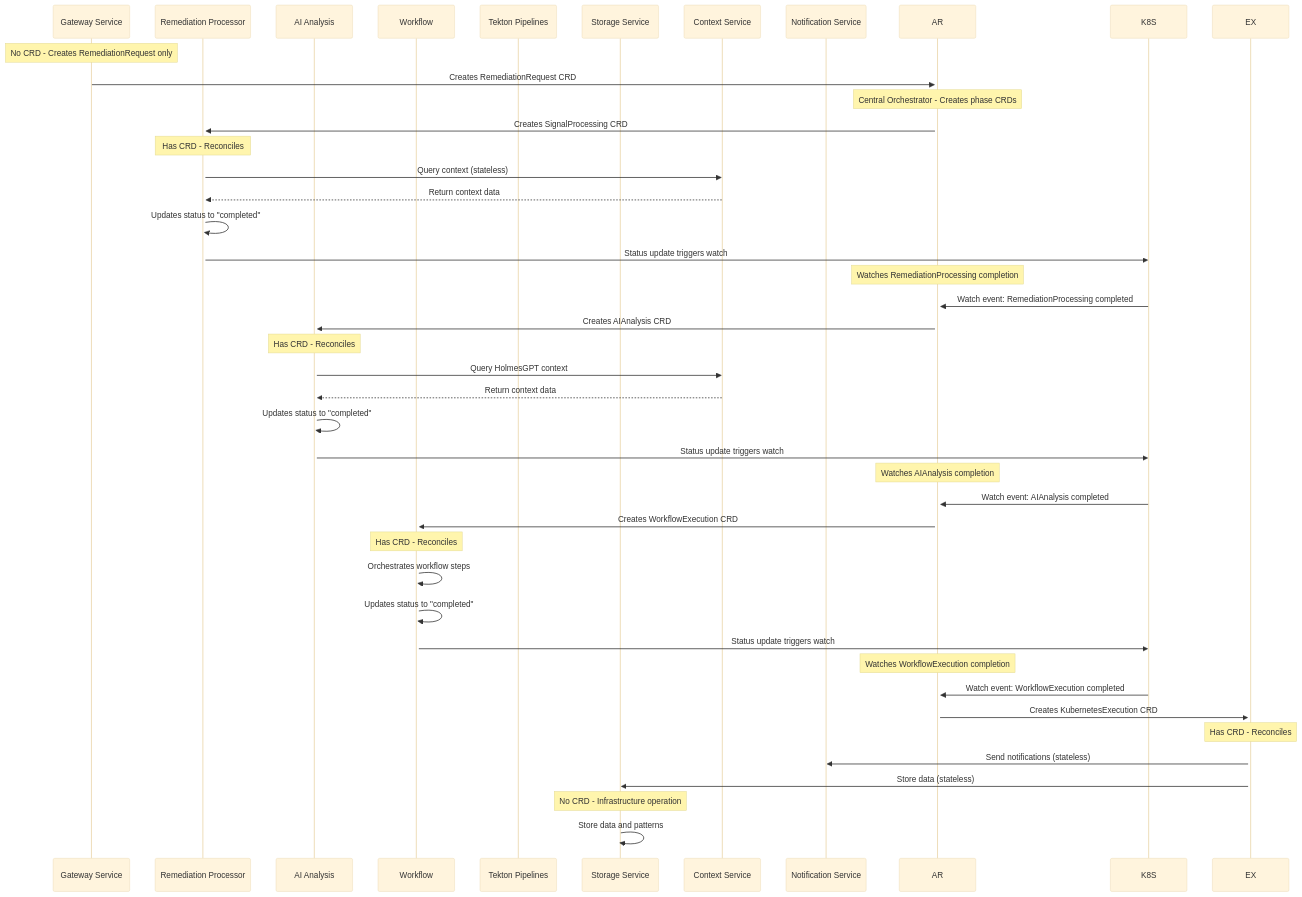
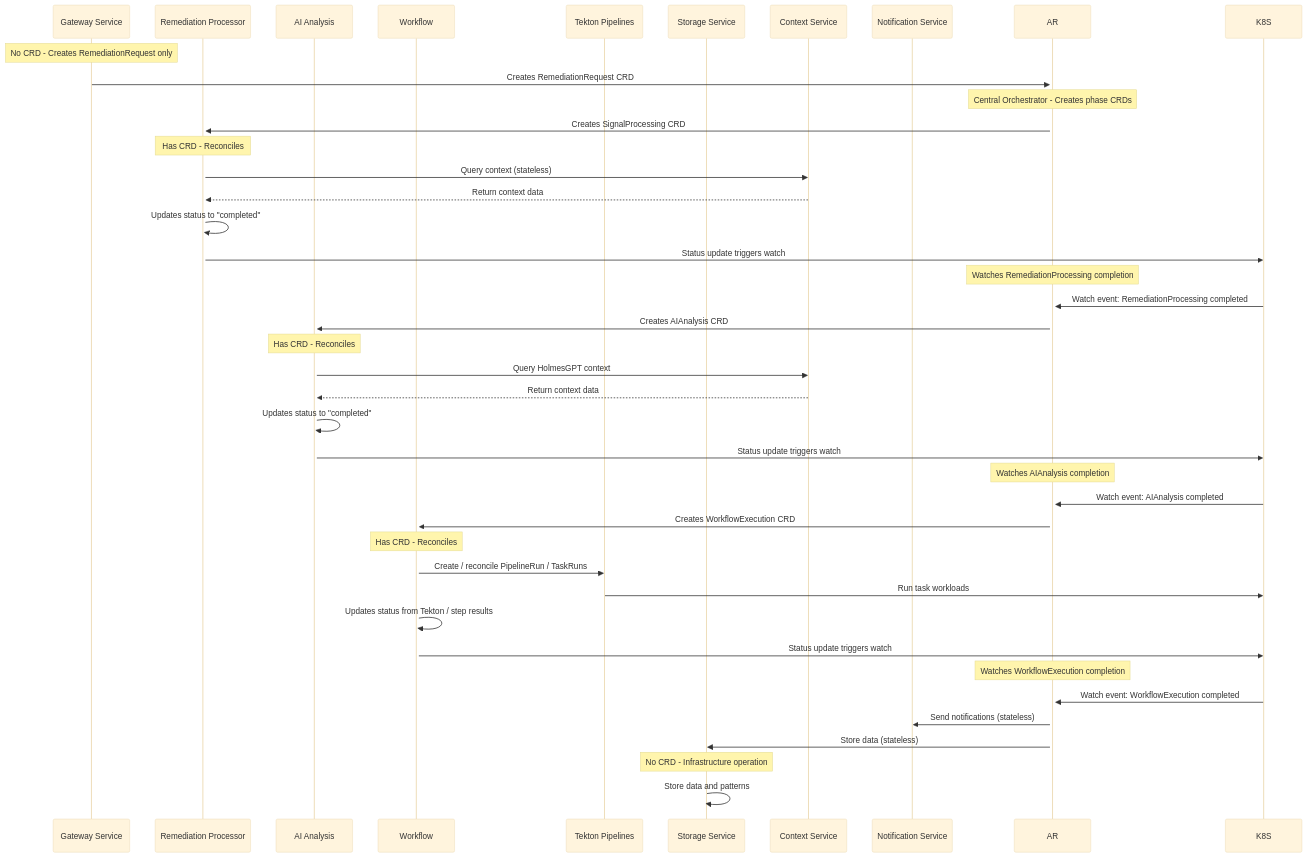
The third of 3 diagrams in docs/architecture/MULTI_CRD_RECONCILIATION_ARCHITECTURE.md (jordigilh/kubernaut), drawn with Mermaid (base theme) before and after one commit. The commit also changed other lines of this file and 63 other files, not shown here.

````diff
--- a/docs/architecture/MULTI_CRD_RECONCILIATION_ARCHITECTURE.md
+++ b/docs/architecture/MULTI_CRD_RECONCILIATION_ARCHITECTURE.md
@@ -1087,53 +1081,51 @@
 ```mermaid
 sequenceDiagram
     participant GW as Gateway Service
     participant AP as Remediation Processor
     participant AI as AI Analysis
     participant WF as Workflow
     participant TEK as Tekton Pipelines
     participant ST as Storage Service
     participant CTX as Context Service
     participant NOT as Notification Service
 
     Note over GW: No CRD - Creates RemediationRequest only
     GW->>+AR: Creates RemediationRequest CRD
 
     Note over AR: Central Orchestrator - Creates phase CRDs
     AR->>+AP: Creates SignalProcessing CRD
 
     Note over AP: Has CRD - Reconciles
     AP->>CTX: Query context (stateless)
     CTX-->>AP: Return context data
     AP->>AP: Updates status to "completed"
     AP->>K8S: Status update triggers watch
 
     Note over AR: Watches RemediationProcessing completion
     K8S->>AR: Watch event: RemediationProcessing completed
     AR->>+AI: Creates AIAnalysis CRD
 
     Note over AI: Has CRD - Reconciles
     AI->>CTX: Query HolmesGPT context
     CTX-->>AI: Return context data
     AI->>AI: Updates status to "completed"
     AI->>K8S: Status update triggers watch
 
     Note over AR: Watches AIAnalysis completion
     K8S->>AR: Watch event: AIAnalysis completed
     AR->>+WF: Creates WorkflowExecution CRD
 
     Note over WF: Has CRD - Reconciles
-    WF->>WF: Orchestrates workflow steps
-    WF->>WF: Updates status to "completed"
+    WF->>TEK: Create / reconcile PipelineRun / TaskRuns
+    TEK->>K8S: Run task workloads
+    WF->>WF: Updates status from Tekton / step results
     WF->>K8S: Status update triggers watch
 
     Note over AR: Watches WorkflowExecution completion
     K8S->>AR: Watch event: WorkflowExecution completed
-    AR->>+EX: Creates KubernetesExecution CRD
-
-    Note over EX: Has CRD - Reconciles
-    EX->>NOT: Send notifications (stateless)
-    EX->>ST: Store data (stateless)
+    AR->>NOT: Send notifications (stateless)
+    AR->>ST: Store data (stateless)
 
     Note over ST: No CRD - Infrastructure operation
     ST->>ST: Store data and patterns
 ```
````
